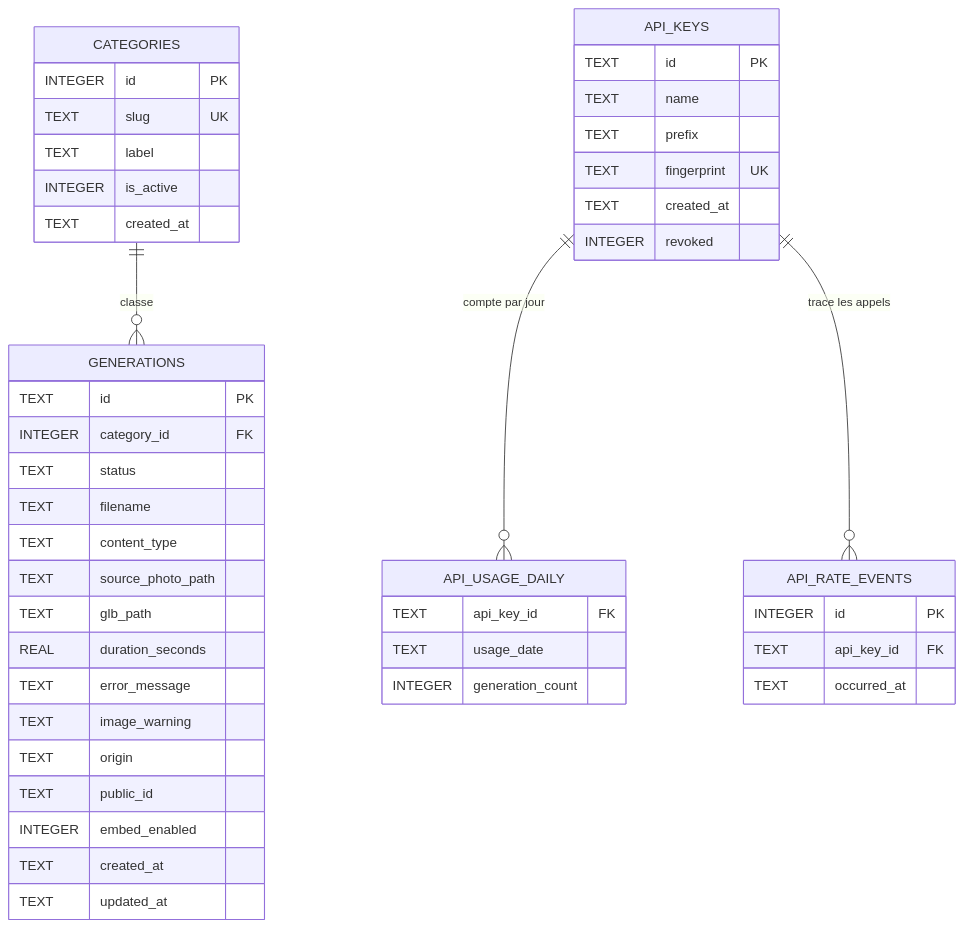
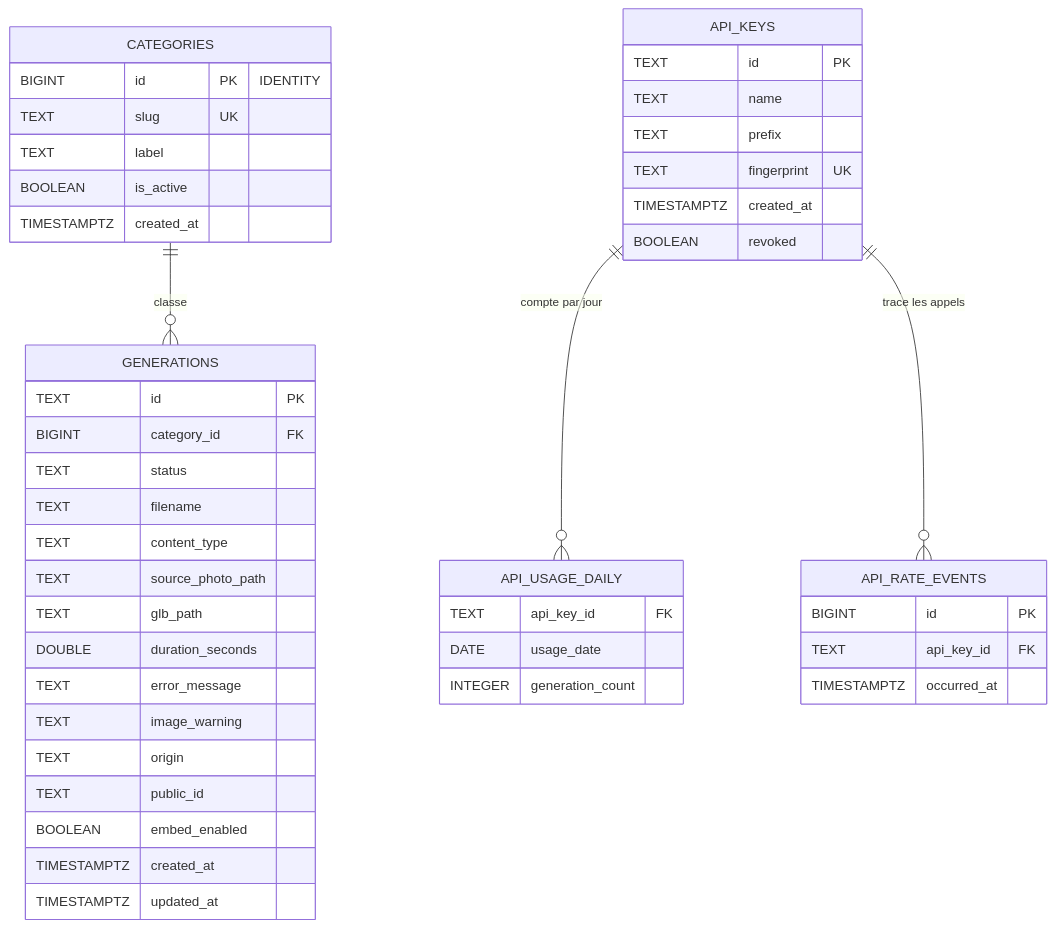
The seventh of 22 diagrams in docs/COMPRENDRE-FORMA3D.md (Yas-sin-e/forma3d-kit), drawn with Mermaid before and after one commit. The commit also changed other lines of this file, not shown here.

````diff
--- a/docs/COMPRENDRE-FORMA3D.md
+++ b/docs/COMPRENDRE-FORMA3D.md
@@ -567,49 +573,49 @@
 ```mermaid
 erDiagram
     CATEGORIES ||--o{ GENERATIONS : "classe"
     API_KEYS ||--o{ API_USAGE_DAILY : "compte par jour"
     API_KEYS ||--o{ API_RATE_EVENTS : "trace les appels"
 
     CATEGORIES {
-        INTEGER id PK
+        BIGINT id PK "IDENTITY"
         TEXT slug UK
         TEXT label
-        INTEGER is_active
-        TEXT created_at
+        BOOLEAN is_active
+        TIMESTAMPTZ created_at
     }
     GENERATIONS {
         TEXT id PK
-        INTEGER category_id FK
+        BIGINT category_id FK
         TEXT status
         TEXT filename
         TEXT content_type
         TEXT source_photo_path
         TEXT glb_path
-        REAL duration_seconds
+        DOUBLE duration_seconds
         TEXT error_message
         TEXT image_warning
         TEXT origin
         TEXT public_id
-        INTEGER embed_enabled
-        TEXT created_at
-        TEXT updated_at
+        BOOLEAN embed_enabled
+        TIMESTAMPTZ created_at
+        TIMESTAMPTZ updated_at
     }
     API_KEYS {
         TEXT id PK
         TEXT name
         TEXT prefix
         TEXT fingerprint UK
-        TEXT created_at
-        INTEGER revoked
+        TIMESTAMPTZ created_at
+        BOOLEAN revoked
     }
     API_USAGE_DAILY {
         TEXT api_key_id FK
-        TEXT usage_date
+        DATE usage_date
         INTEGER generation_count
     }
     API_RATE_EVENTS {
-        INTEGER id PK
+        BIGINT id PK
         TEXT api_key_id FK
-        TEXT occurred_at
+        TIMESTAMPTZ occurred_at
     }
 ```
````
